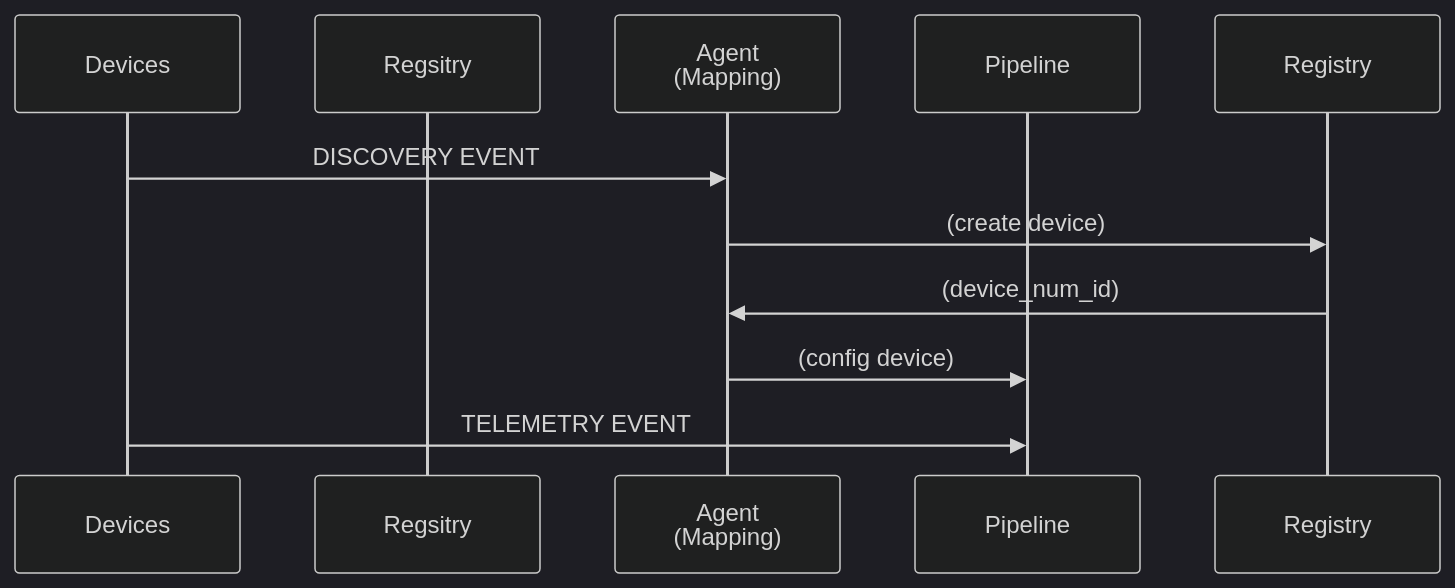
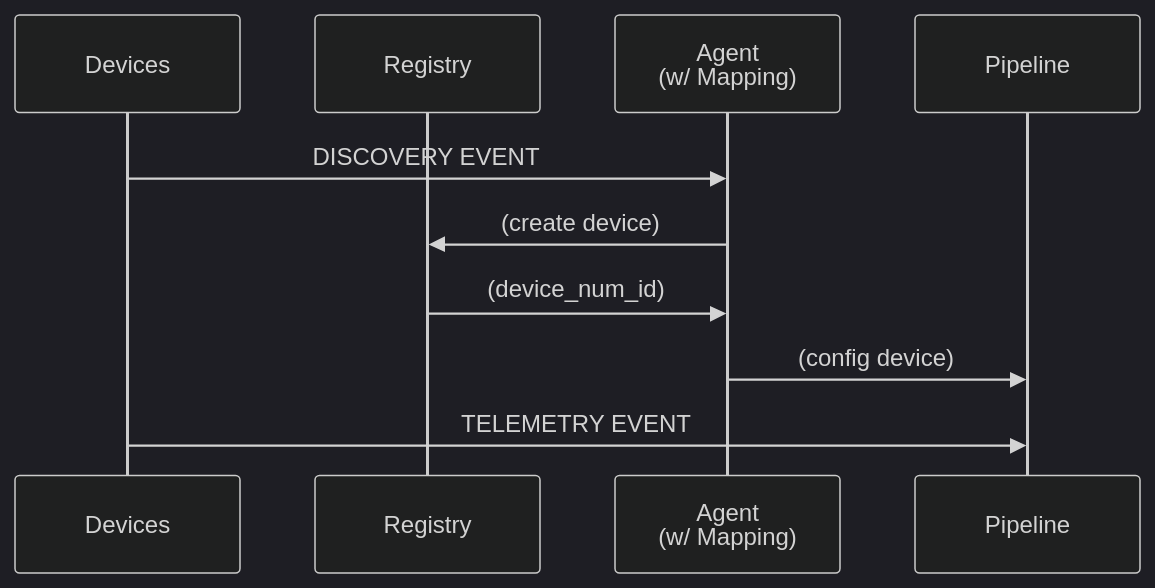
The diagram in docs/specs/provisioning.md (faucetsdn/udmi), drawn with Mermaid (dark theme) before and after one commit. The commit also changed 1 other file, not shown here.

````diff
--- a/docs/specs/provisioning.md
+++ b/docs/specs/provisioning.md
@@ -13,13 +13,13 @@
 ```mermaid
 sequenceDiagram
   %%{wrap}%%
   participant Devices
-  participant Regsitry
-  participant Agent as Agent<br/>(Mapping)
+  participant Registry
+  participant Agent as Agent<br/>(w/ Mapping)
   participant Pipeline
   Devices->>Agent: DISCOVERY EVENT
   Agent->>Registry: (create device)
   Registry->>Agent: (device_num_id)
   Agent->>Pipeline: (config device)
   Devices->>Pipeline: TELEMETRY EVENT
 ```
````
